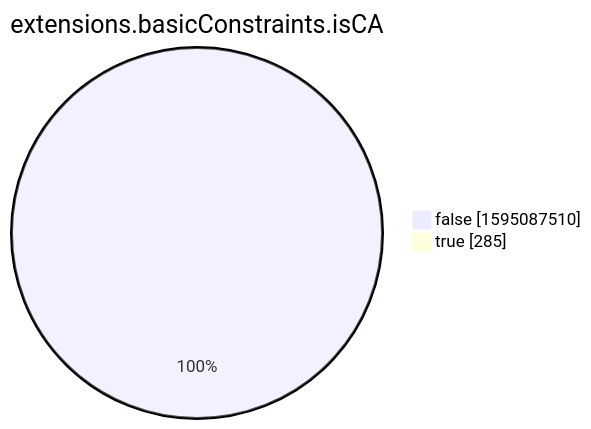
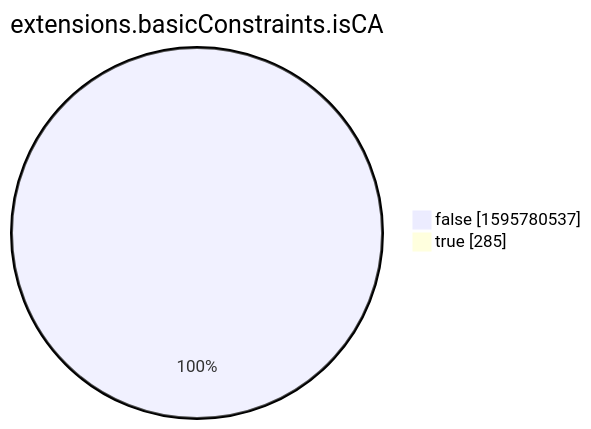
The eighth of 15 diagrams in xenon2022/README.md (christiankrug/ctmonitor_visualization), drawn with Mermaid before and after one commit. The commit also changed other lines of this file, not shown here.

````diff
--- a/xenon2022/README.md
+++ b/xenon2022/README.md
@@ -2862,6 +2862,6 @@
 ```mermaid
 pie showData
 title extensions.basicConstraints.isCA
-"false" :1595087510
+"false" :1595780537
 "true" :285
 ```
````
